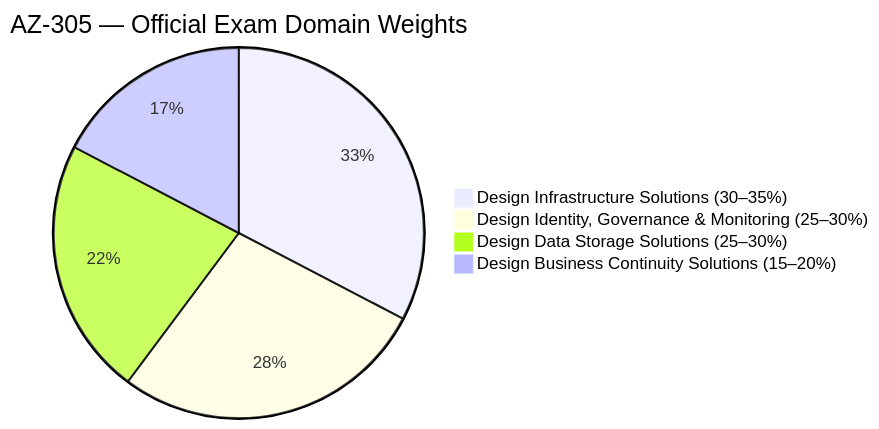
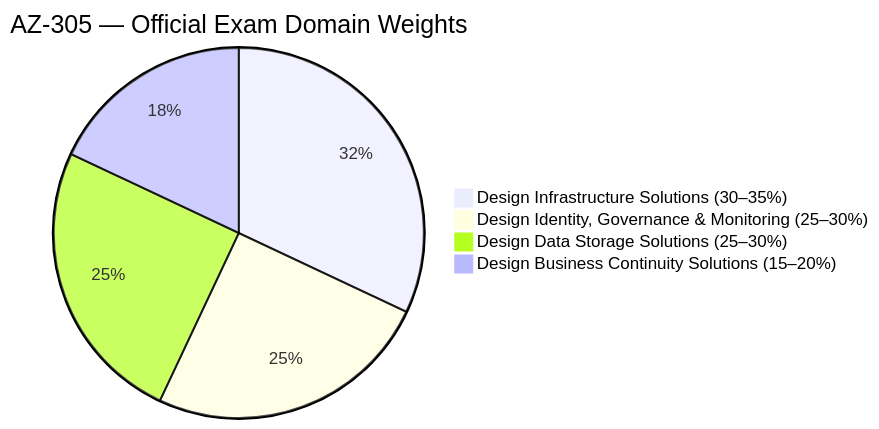
Before and after one commit to marcogrimaldi29/az-305-study-notes: the first of 2 diagrams in index.md, drawn with Mermaid. The commit also changed other lines of this file and 1 other file, not shown here.

````diff
--- a/index.md
+++ b/index.md
@@ -41,7 +41,7 @@
 ```mermaid
 pie title AZ-305 — Official Exam Domain Weights
     "Design Infrastructure Solutions (30–35%)" : 32
-    "Design Identity, Governance & Monitoring (25–30%)" : 27
-    "Design Data Storage Solutions (25–30%)" : 22
-    "Design Business Continuity Solutions (15–20%)" : 17
+    "Design Identity, Governance & Monitoring (25–30%)" : 25
+    "Design Data Storage Solutions (25–30%)" : 25
+    "Design Business Continuity Solutions (15–20%)" : 18
 ```
````
